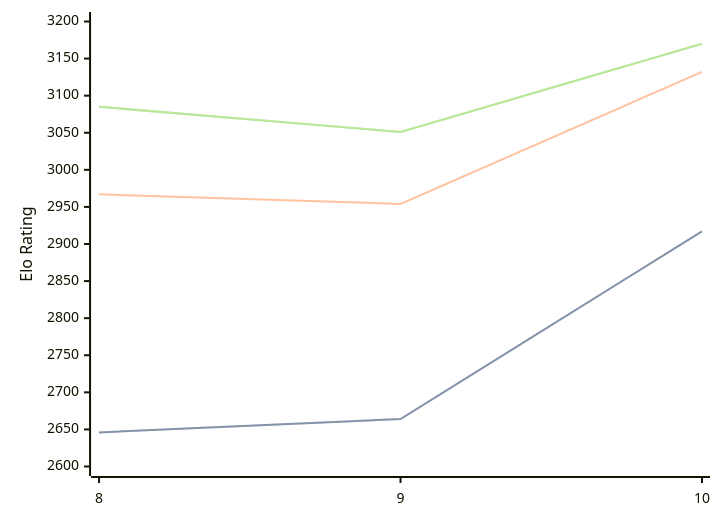
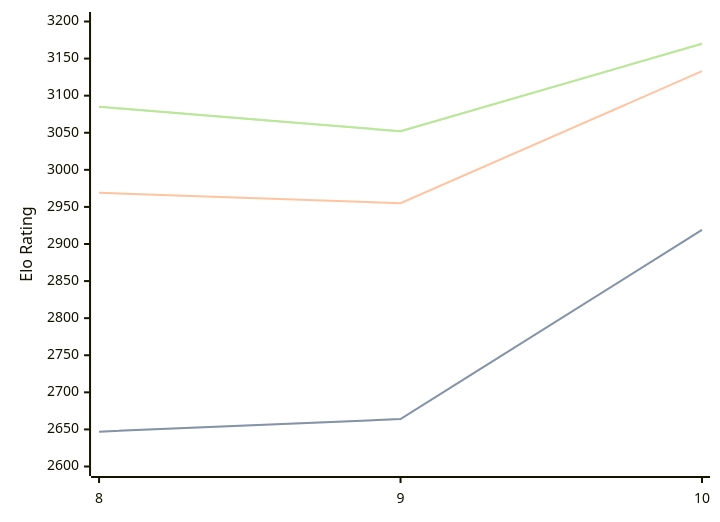
One commit to computer-chess-index/cci changed the diagram in engines/Lozza.md. Above: the diagram before and after it, drawn with Mermaid. The commit also changed other lines of this file, not shown here.

Commit message:
Update CCI Ratings (ELO VLTC) - 2026-05-17

````diff
--- a/engines/Lozza.md
+++ b/engines/Lozza.md
@@ -41,11 +41,11 @@
 ```mermaid
 %%{init: {"theme":"base","themeVariables":{"seriesColors:['#a3a3a3','#222221','#faa371']}}}%%
 xychart-beta
   x-axis ["8", "9", "10"]
   y-axis "Elo Rating" 2600 --> 3200
-  line "STC (8.0+0.08s)" [2646, 2664, 2917]
-  line "STC (8.0+0.08s)" [2646, 2664, 2917]
-  line "LTC (60.0+0.60s)" [2967, 2954, 3132]
-  line "VLTC (2m24s+1.12s)" [3085, 3051, 3170]
-  line "VLTC (2m24s+1.12s)" [3085, 3051, 3170]
+  line "STC (8.0+0.08s)" [2647, 2664, 2919]
+  line "STC (8.0+0.08s)" [2647, 2664, 2919]
+  line "LTC (60.0+0.60s)" [2969, 2955, 3133]
+  line "VLTC (2m24s+1.12s)" [3085, 3052, 3170]
+  line "VLTC (2m24s+1.12s)" [3085, 3052, 3170]
 ```
````
